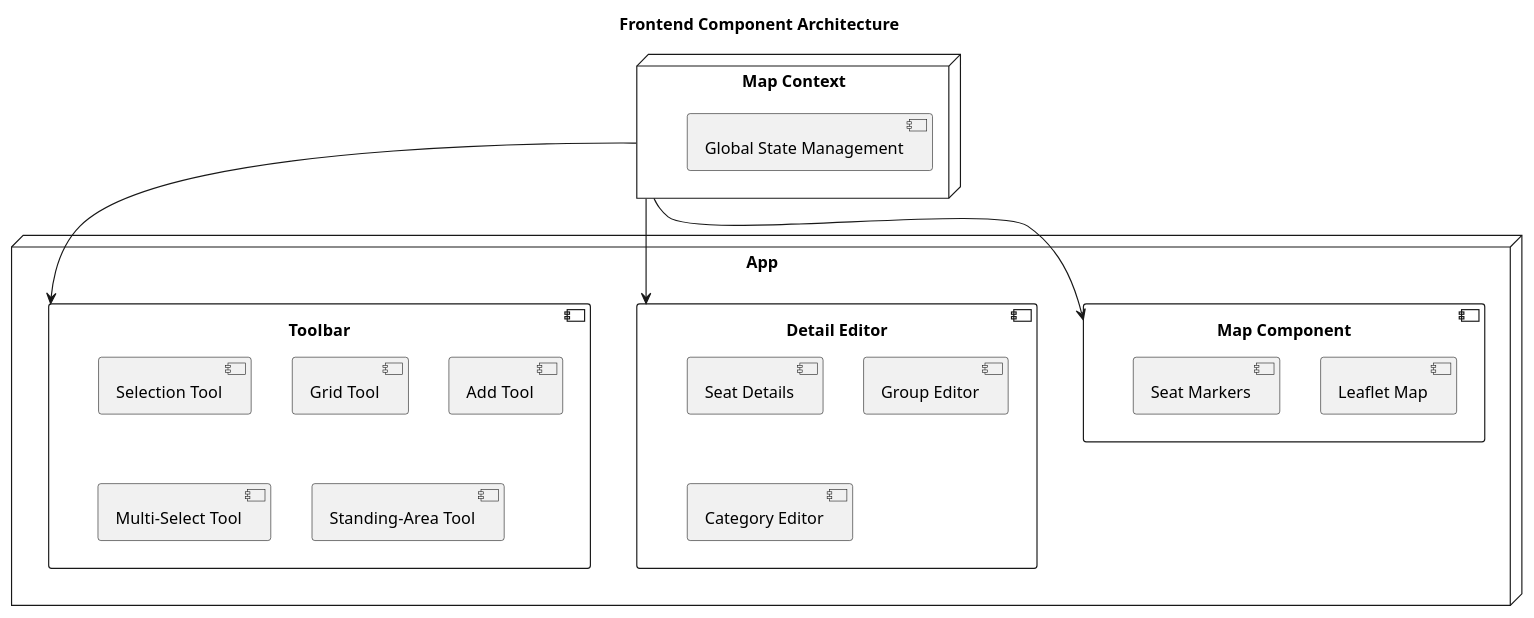
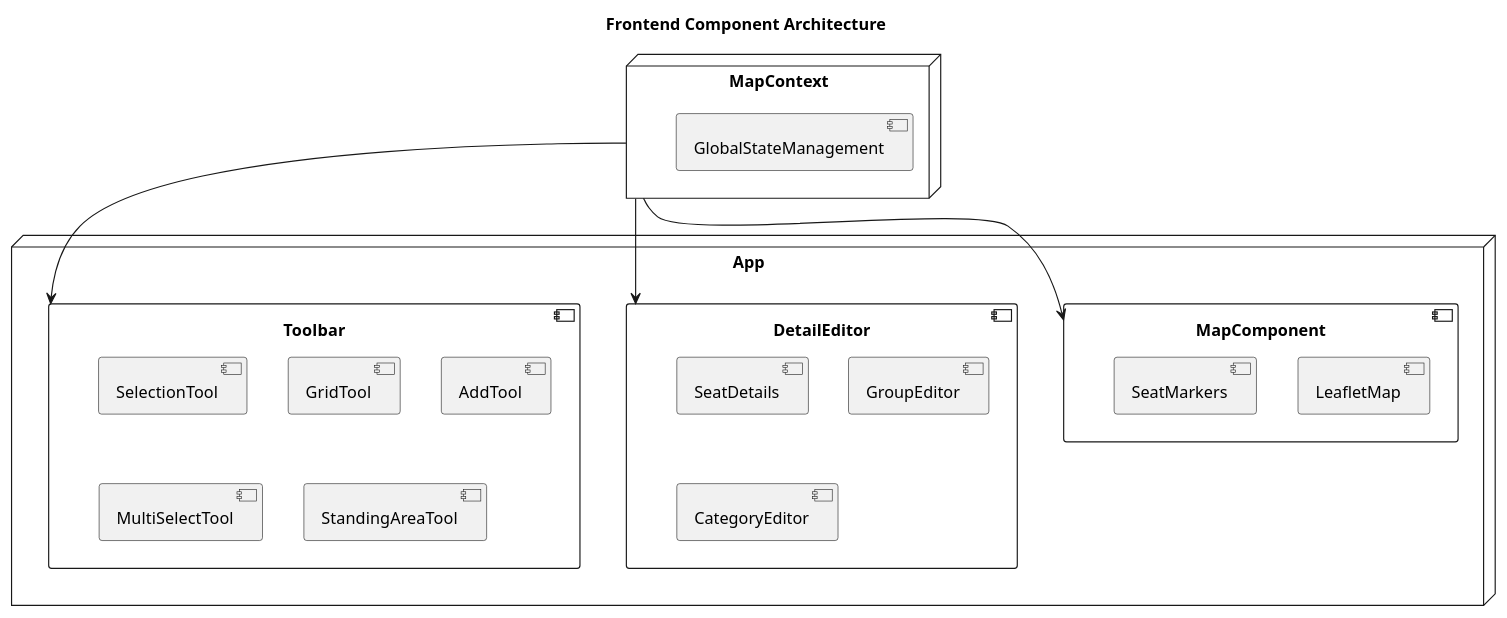
One commit to Michi4/seatgen-da changed the diagram in sections/implementation/frontend_architecture.puml. Above: the diagram before and after it, drawn with PlantUML. The commit also changed 22 other files, not shown here.

```diff
--- a/sections/implementation/frontend_architecture.puml
+++ b/sections/implementation/frontend_architecture.puml
@@ -1,36 +1,36 @@
 @startuml
 title Frontend Component Architecture
 
 node "App" {
-    "Map Component"
-    "Detail Editor"
+    "MapComponent"
+    "DetailEditor"
     "Toolbar"
 }
 
-component "Map Component" {
-    [Leaflet Map]
-    [Seat Markers]
+component "MapComponent" {
+    [LeafletMap]
+    [SeatMarkers]
 }
 
 component "Toolbar" {
-    [Selection Tool]
-    [Grid Tool]
-    [Add Tool]
-    [Multi-Select Tool]
-    [Standing-Area Tool]
+    [SelectionTool]
+    [GridTool]
+    [AddTool]
+    [MultiSelectTool]
+    [StandingAreaTool]
 }
 
-component "Detail Editor" {
-    [Seat Details]
-    [Group Editor]
-    [Category Editor]
+component "DetailEditor" {
+    [SeatDetails]
+    [GroupEditor]
+    [CategoryEditor]
 }
 
-node "Map Context" {
-    [Global State Management]
+node "MapContext" {
+    [GlobalStateManagement]
 }
 
-"Map Context" --> "Map Component"
-"Map Context" --> "Toolbar"
-"Map Context" --> "Detail Editor"
+"MapContext" --> "MapComponent"
+"MapContext" --> "Toolbar"
+"MapContext" --> "DetailEditor"
 @enduml
```
